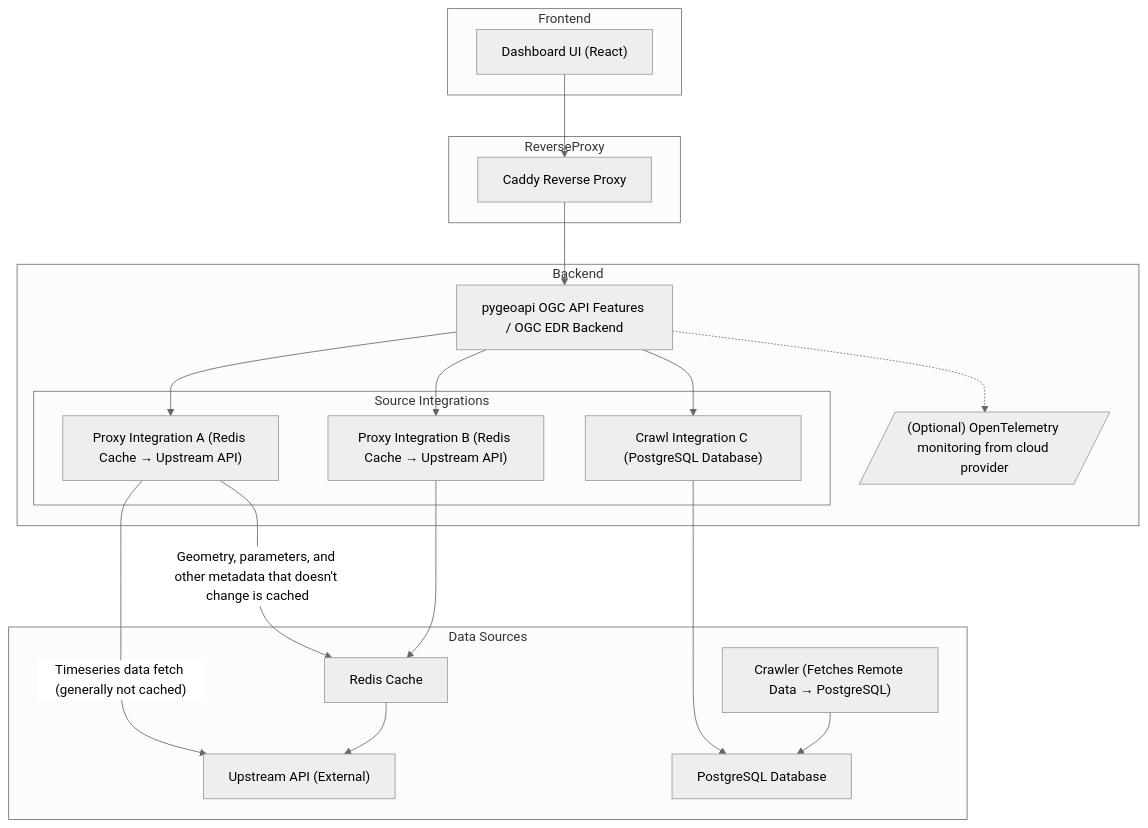
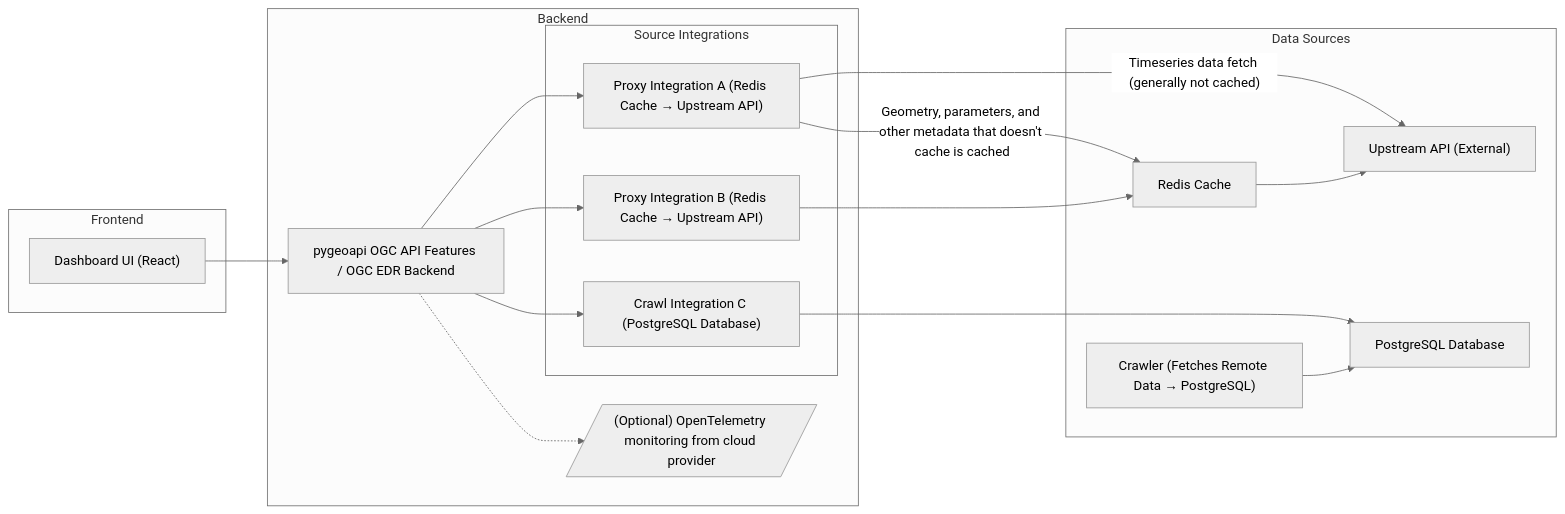
Before and after one commit to internetofwater/Western-Water-Datahub: the diagram in docs/cloud_deployment.md, drawn with Mermaid (neutral theme).

Commit message:
remove caddy

````diff
--- a/docs/cloud_deployment.md
+++ b/docs/cloud_deployment.md
@@ -7,46 +7,41 @@
 ```mermaid
-flowchart TD
+flowchart LR
     subgraph Frontend
         DashboardUI["Dashboard UI (React)"]
-    end
-
-    subgraph ReverseProxy
-        Caddy["Caddy Reverse Proxy"]
     end
 
     subgraph Backend
         Pygeoapi["pygeoapi OGC API Features / OGC EDR Backend"]
 
         subgraph "Source Integrations"
             RedisSource1["Proxy Integration A (Redis Cache → Upstream API)"]
             RedisSource2["Proxy Integration B (Redis Cache → Upstream API)"]
             PostgresSource["Crawl Integration C (PostgreSQL Database)"]
         end
 
         OpenTelemetry[/"(Optional) OpenTelemetry monitoring from cloud provider"/]
     end
 
     subgraph Data Sources
         Redis["Redis Cache"]
         UpstreamAPI["Upstream API (External)"]
         Postgres["PostgreSQL Database"]
         Crawler["Crawler (Fetches Remote Data → PostgreSQL)"]
     end
 
-    DashboardUI --> Caddy
-    Caddy --> Pygeoapi
+    DashboardUI --> Pygeoapi
 
     Pygeoapi --> RedisSource1
     Pygeoapi --> RedisSource2
     Pygeoapi --> PostgresSource
 
-    RedisSource1 -- "Geometry, parameters, and other metadata that doesn't change is cached" --> Redis
+    RedisSource1 -- "Geometry, parameters, and other metadata that doesn't cache is cached" --> Redis
     RedisSource1 -- "Timeseries data fetch (generally not cached)" --> UpstreamAPI
     RedisSource2 --> Redis
     Redis --> UpstreamAPI
 
     PostgresSource --> Postgres
     Crawler --> Postgres
 
     Pygeoapi -.-> OpenTelemetry
 ```
````
